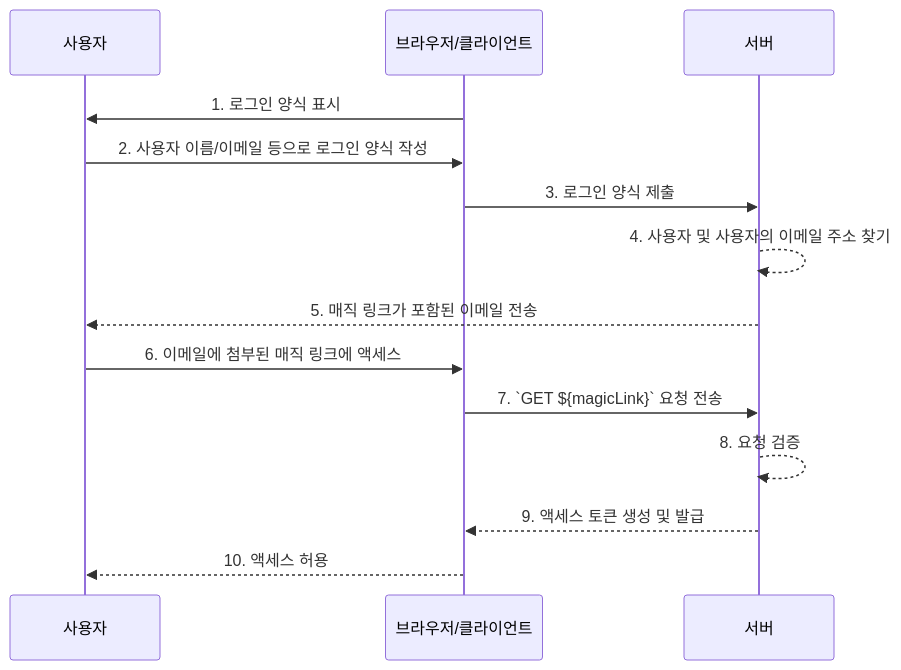
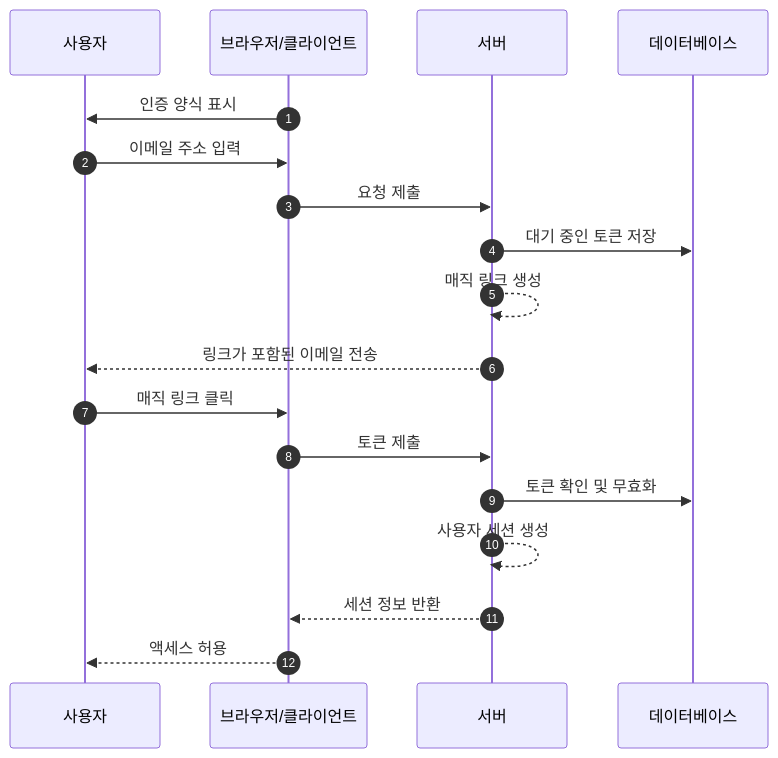
Before and after one commit to logto-io/auth-wiki: the first of 2 diagrams in src/content/terms/ko/magic-link.mdx, drawn with Mermaid. The commit also changed other lines of this file and 95 other files, not shown here.

````diff
--- a/src/content/terms/ko/magic-link.mdx
+++ b/src/content/terms/ko/magic-link.mdx
@@ -31,16 +17,20 @@
 ```mermaid
 sequenceDiagram
+    autonumber
     participant U as 사용자
     participant B as 브라우저/클라이언트
     participant S as 서버
-    B->>U: 1. 로그인 양식 표시
-    U->>B: 2. 사용자 이름/이메일 등으로 로그인 양식 작성
-    B->>S: 3. 로그인 양식 제출
-    S-->>S: 4. 사용자 및 사용자의 이메일 주소 찾기
-    S-->>U: 5. 매직 링크가 포함된 이메일 전송
-    U->>B: 6. 이메일에 첨부된 매직 링크에 액세스
-    B->>S: 7. `GET ${magicLink}` 요청 전송
-    S-->>S: 8. 요청 검증
-    S-->>B: 9. 액세스 토큰 생성 및 발급
-    B-->>U: 10. 액세스 허용
+    participant D as 데이터베이스
+    B->>U: 인증 양식 표시
+    U->>B: 이메일 주소 입력
+    B->>S: 요청 제출
+    S->>D: 대기 중인 토큰 저장
+    S-->>S: 매직 링크 생성
+    S-->>U: 링크가 포함된 이메일 전송
+    U->>B: 매직 링크 클릭
+    B->>S: 토큰 제출
+    S->>D: 토큰 확인 및 무효화
+    S-->>S: 사용자 세션 생성
+    S-->>B: 세션 정보 반환
+    B-->>U: 액세스 허용
 ```
````
